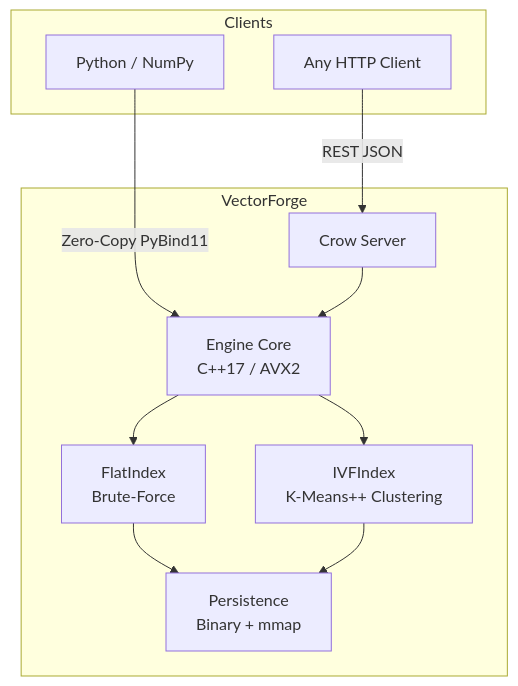
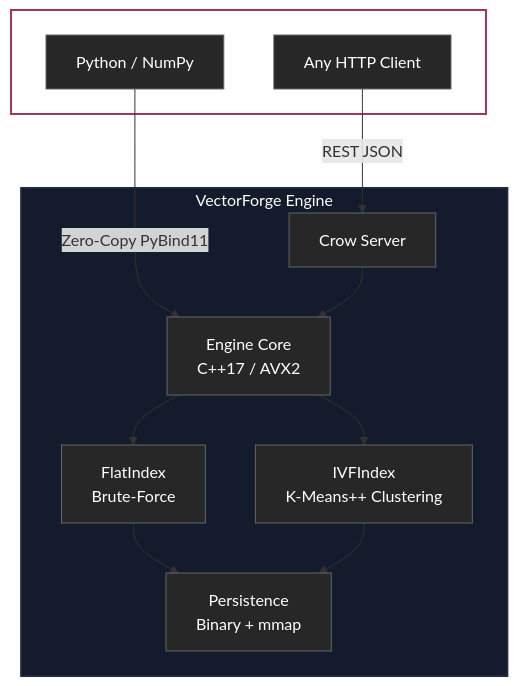
One commit to Rudyy75/VectorForge changed the first of 2 diagrams in README.md. Above: the diagram before and after it, drawn with Mermaid. The commit also changed other lines of this file, not shown here.

````diff
--- a/README.md
+++ b/README.md
@@ -20,19 +22,32 @@
 ```mermaid
 graph TD
-    subgraph Clients
+    %% Node Styling
+    classDef default fill:#272727,stroke:#666666,stroke-width:1px,color:#ffffff;
+    
+    subgraph Clients ["Clients"]
         PY[Python / NumPy]
         HTTP[Any HTTP Client]
     end
+    style Clients fill:none,stroke:#a2345e,stroke-width:2px,color:#ffffff
 
-    subgraph VectorForge
-        PY -->|Zero-Copy PyBind11| CORE[Engine Core<br/>C++17 / AVX2]
-        HTTP -->|REST JSON| CROW[Crow Server]
-        CROW --> CORE
+    subgraph VectorForge ["VectorForge Engine"]
+        CORE[Engine Core<br/>C++17 / AVX2]
+        CROW[Crow Server]
+        
+        FLAT[FlatIndex<br/>Brute-Force]
+        IVF[IVFIndex<br/>K-Means++ Clustering]
 
-        CORE --> FLAT[FlatIndex<br/>Brute-Force]
-        CORE --> IVF[IVFIndex<br/>K-Means++ Clustering]
+        PERSIST[Persistence<br/>Binary + mmap]
+    end
+    style VectorForge fill:#141b2d,stroke:#1e293b,stroke-width:2px,color:#ffffff
 
-        FLAT --> PERSIST[Persistence<br/>Binary + mmap]
-        IVF --> PERSIST
-    end
+    PY -->|Zero-Copy PyBind11| CORE
+    HTTP -->|REST JSON| CROW
+    CROW --> CORE
+
+    CORE --> FLAT
+    CORE --> IVF
+
+    FLAT --> PERSIST
+    IVF --> PERSIST
 ```
````
